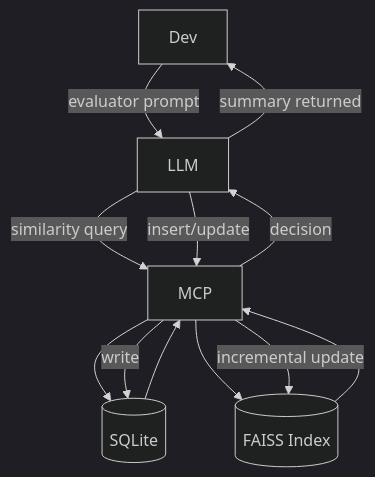
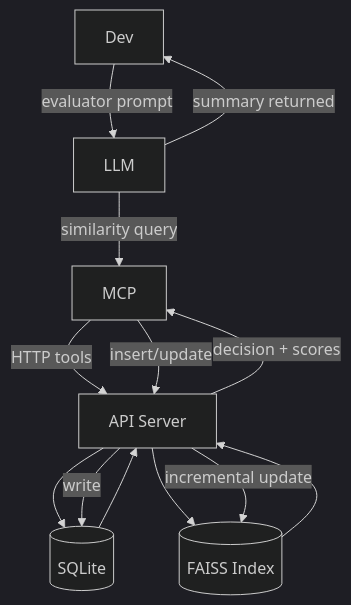
One commit to tyouritsugun/curated-heuristic-loop changed the second of 4 diagrams in doc/concept.md. Above: the diagram before and after it, drawn with Mermaid (dark theme). The commit also changed other lines of this file and 19 other files, not shown here.

````diff
--- a/doc/concept.md
+++ b/doc/concept.md
@@ -54,14 +56,15 @@
 ```mermaid
 flowchart TD
     Dev -->|evaluator prompt| LLM
     LLM -->|similarity query| MCP
-    MCP --> DB[(SQLite)]
-    MCP --> FAISS[(FAISS Index)]
-    DB --> MCP
-    FAISS --> MCP
-    MCP -->|decision| LLM
-    LLM -->|insert/update| MCP
-    MCP -->|write| DB
-    MCP -->|incremental update| FAISS
+    MCP -->|HTTP tools| API[API Server]
+    API --> DB[(SQLite)]
+    API --> FAISS[(FAISS Index)]
+    DB --> API
+    FAISS --> API
+    API -->|decision + scores| MCP
+    MCP -->|insert/update| API
+    API -->|write| DB
+    API -->|incremental update| FAISS
     LLM -->|summary returned| Dev
 ```
````
